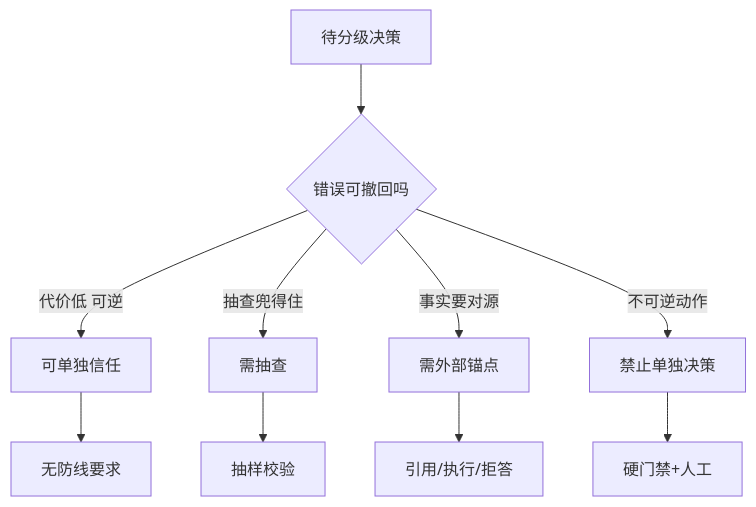
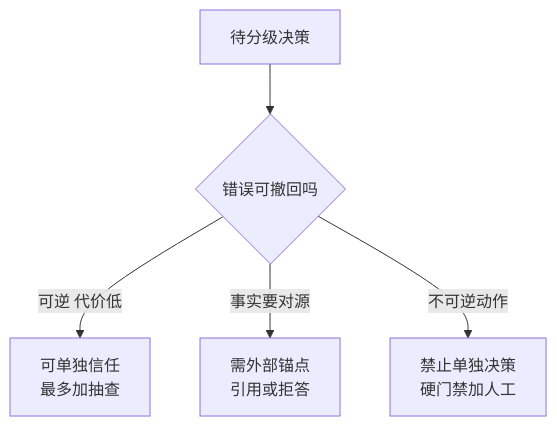
One commit to hub138/technical-knowledge changed the first of 2 diagrams in vault/工程知识/AI 系统工程：从模型能力到生产能力/质量与运营/幻觉的工程边界——哪些场景模型不该被单独信任.md. Above: the diagram before and after it, drawn with Mermaid. The commit also changed other lines of this file and 622 other files, not shown here.

````diff
--- a/vault/工程知识/AI 系统工程：从模型能力到生产能力/质量与运营/幻觉的工程边界——哪些场景模型不该被单独信任.md
+++ b/vault/工程知识/AI 系统工程：从模型能力到生产能力/质量与运营/幻觉的工程边界——哪些场景模型不该被单独信任.md
@@ -41,12 +51,7 @@
 ```mermaid
 flowchart TB
     a["待分级决策"] --> b{"错误可撤回吗"}
-    b -->|"代价低 可逆"| c1["可单独信任"]
-    b -->|"抽查兜得住"| c2["需抽查"]
-    b -->|"事实要对源"| c3["需外部锚点"]
-    b -->|"不可逆动作"| c4["禁止单独决策"]
-    c1 --> d1["无防线要求"]
-    c2 --> d2["抽样校验"]
-    c3 --> d3["引用/执行/拒答"]
-    c4 --> d4["硬门禁+人工"]
+    b -->|"可逆 代价低"| c1["可单独信任<br/>最多加抽查"]
+    b -->|"事实要对源"| c3["需外部锚点<br/>引用或拒答"]
+    b -->|"不可逆动作"| c4["禁止单独决策<br/>硬门禁加人工"]
 ```
````
